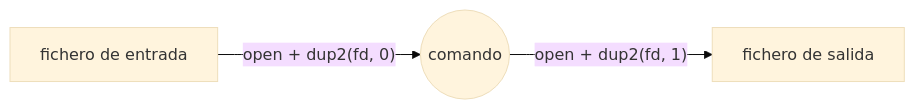
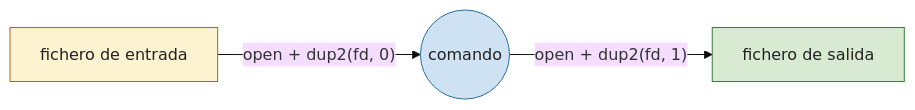
One commit to asiermarzo/ssoo changed the second of 2 diagrams in PRACTICA/05-minishell/README.md. Above: the diagram before and after it, drawn with Mermaid (base theme). The commit also changed other lines of this file and 25 other files, not shown here.

Commit message:
refinado de diagramas mermaid y svg

````diff
--- a/PRACTICA/05-minishell/README.md
+++ b/PRACTICA/05-minishell/README.md
@@ -35,5 +45,13 @@
 ```mermaid
 flowchart LR
     IN["fichero de entrada"] -->|"open + dup2(fd, 0)"| CMD(("comando"))
     CMD -->|"open + dup2(fd, 1)"| OUT["fichero de salida"]
+
+    classDef entrada fill:#fdf3d0,stroke:#a06a1a,color:#222;
+    classDef proceso fill:#cfe2f3,stroke:#2b6f99,color:#222;
+    classDef salida fill:#d9ead3,stroke:#3a7a3a,color:#222;
+
+    class IN entrada;
+    class CMD proceso;
+    class OUT salida;
 ```
````
